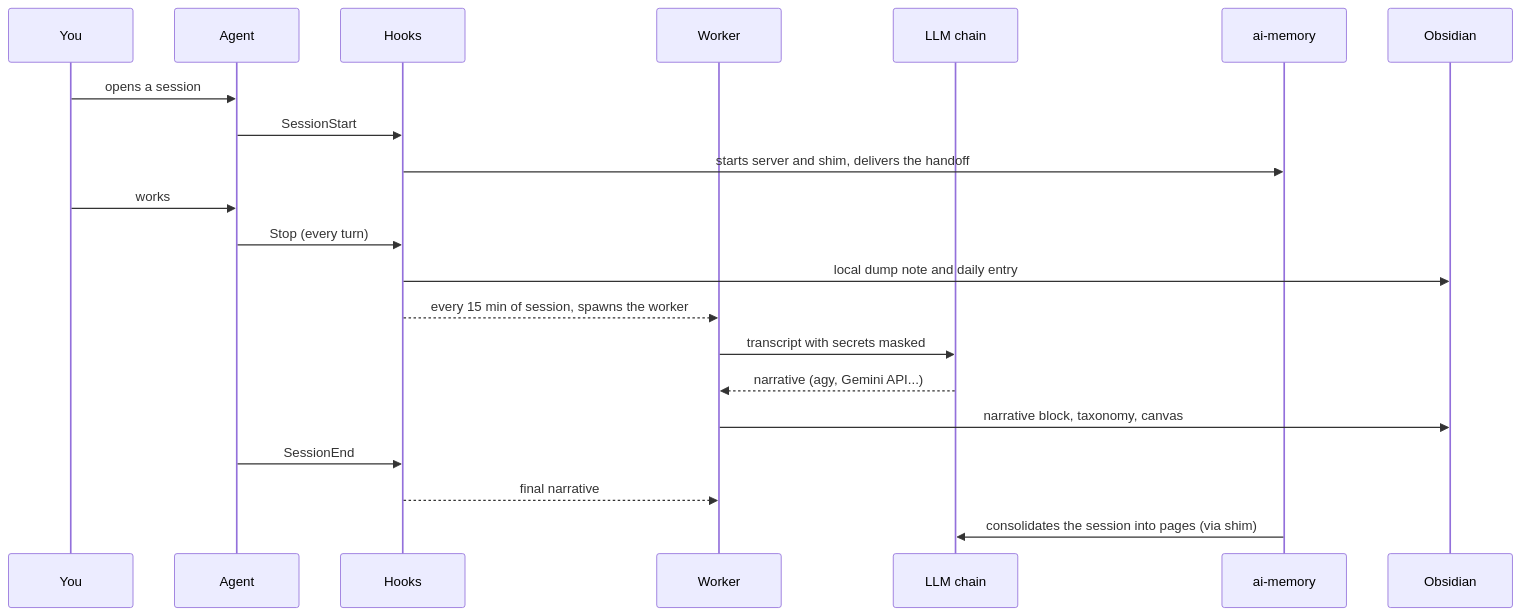
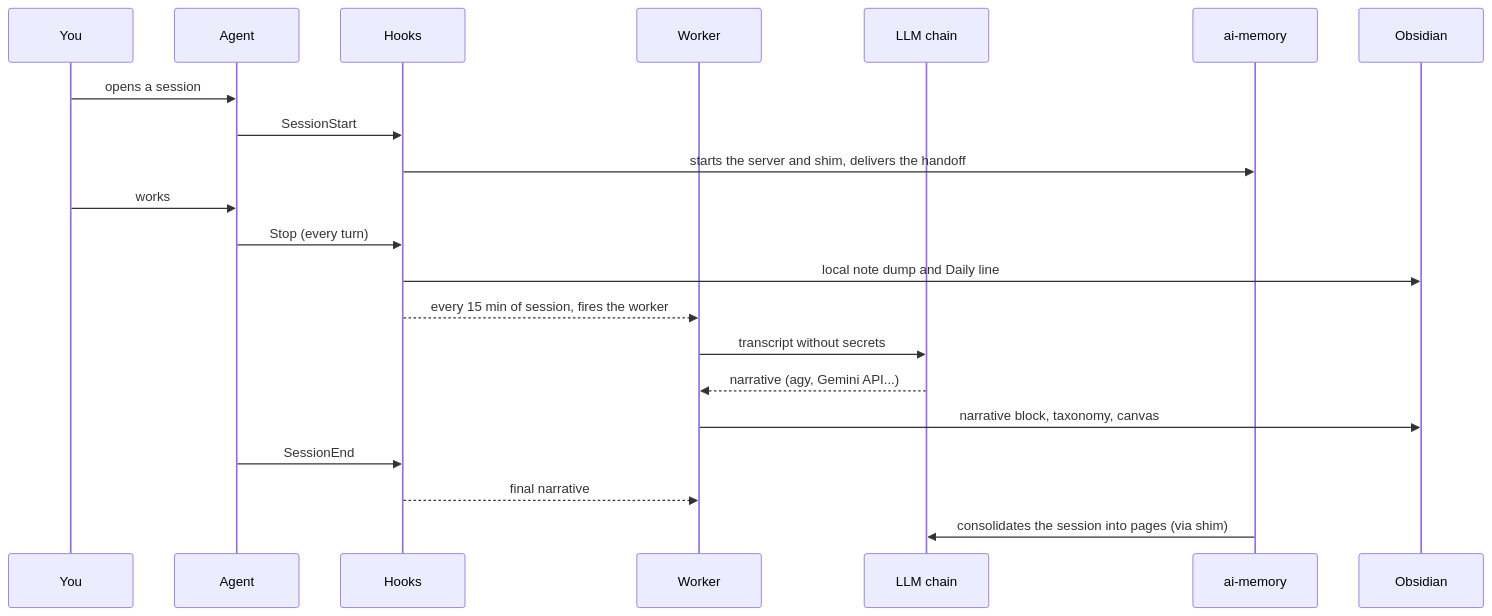
Before and after one commit to murilolol/muri-saver: the diagram in README.en.md, drawn with Mermaid. The commit also changed other lines of this file and 17 other files, not shown here.

````diff
--- a/README.en.md
+++ b/README.en.md
@@ -143,24 +147,24 @@
 ```mermaid
 sequenceDiagram
     participant U as You
     participant A as Agent
     participant H as Hooks
     participant W as Worker
     participant L as LLM chain
     participant M as ai-memory
     participant V as Obsidian
 
     U->>A: opens a session
     A->>H: SessionStart
-    H->>M: starts server and shim, delivers the handoff
+    H->>M: starts the server and shim, delivers the handoff
     U->>A: works
     A->>H: Stop (every turn)
-    H->>V: local dump note and daily entry
-    H-->>W: every 15 min of session, spawns the worker
-    W->>L: transcript with secrets masked
+    H->>V: local note dump and Daily line
+    H-->>W: every 15 min of session, fires the worker
+    W->>L: transcript without secrets
     L-->>W: narrative (agy, Gemini API...)
     W->>V: narrative block, taxonomy, canvas
     A->>H: SessionEnd
     H-->>W: final narrative
     M->>L: consolidates the session into pages (via shim)
 ```
````
